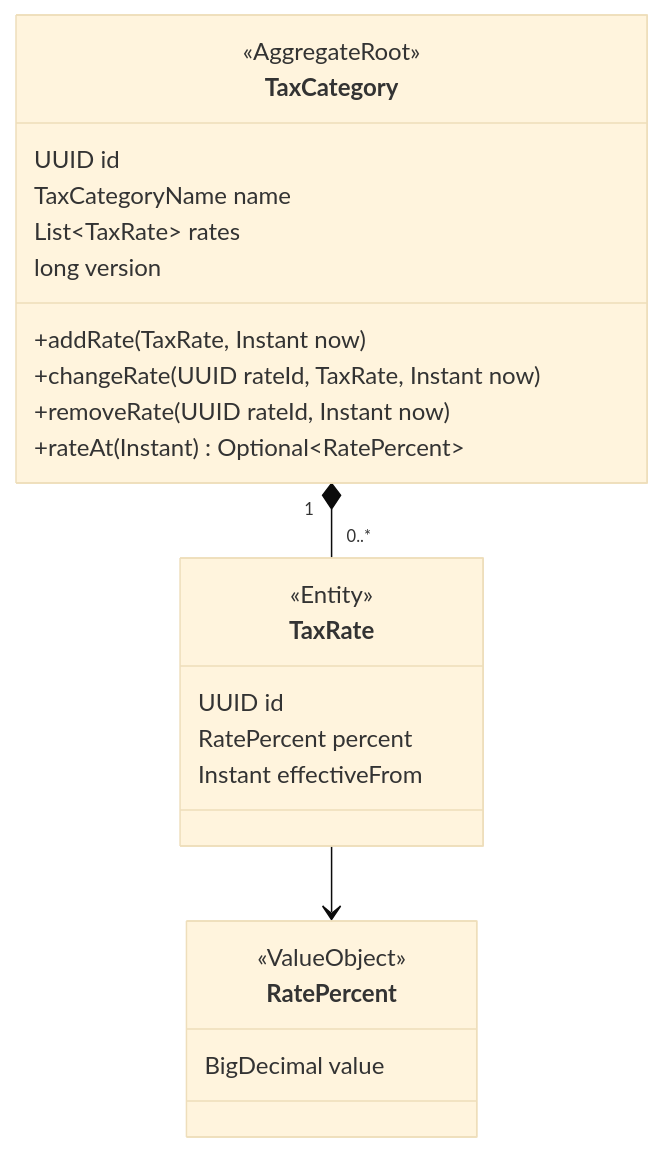
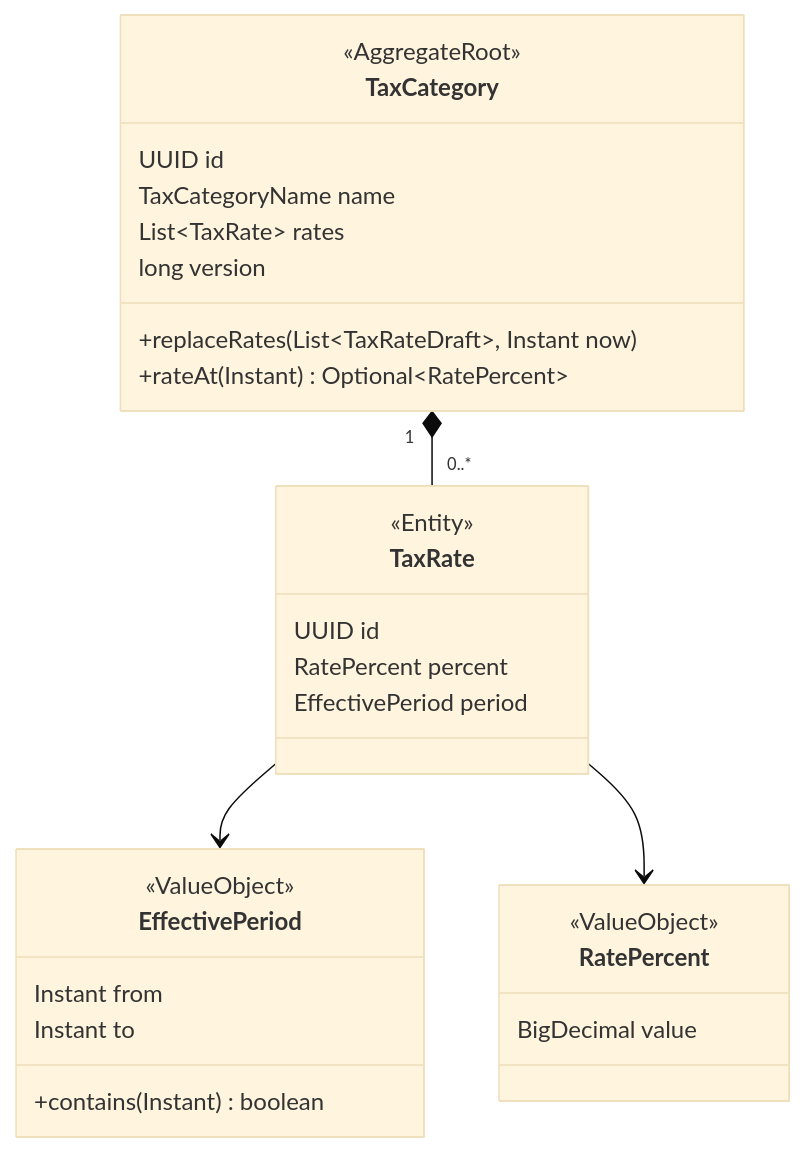
The second of 3 diagrams in docs/specs/001-catalog-and-inventory/plan.md (roger88106/ec-site), drawn with Mermaid (base theme) before and after one commit. The commit also changed other lines of this file, not shown here.

````diff
--- a/docs/specs/001-catalog-and-inventory/plan.md
+++ b/docs/specs/001-catalog-and-inventory/plan.md
@@ -106,26 +106,31 @@
 ```mermaid
 classDiagram
     class TaxCategory {
         <<AggregateRoot>>
         UUID id
         TaxCategoryName name
         List~TaxRate~ rates
         long version
-        +addRate(TaxRate, Instant now)
-        +changeRate(UUID rateId, TaxRate, Instant now)
-        +removeRate(UUID rateId, Instant now)
+        +replaceRates(List~TaxRateDraft~, Instant now)
         +rateAt(Instant) Optional~RatePercent~
     }
     class TaxRate {
         <<Entity>>
         UUID id
         RatePercent percent
-        Instant effectiveFrom
+        EffectivePeriod period
+    }
+    class EffectivePeriod {
+        <<ValueObject>>
+        Instant from
+        Instant to
+        +contains(Instant) boolean
     }
     class RatePercent {
         <<ValueObject>>
         BigDecimal value
     }
     TaxCategory "1" *-- "0..*" TaxRate
+    TaxRate --> EffectivePeriod
     TaxRate --> RatePercent
 ```
````
